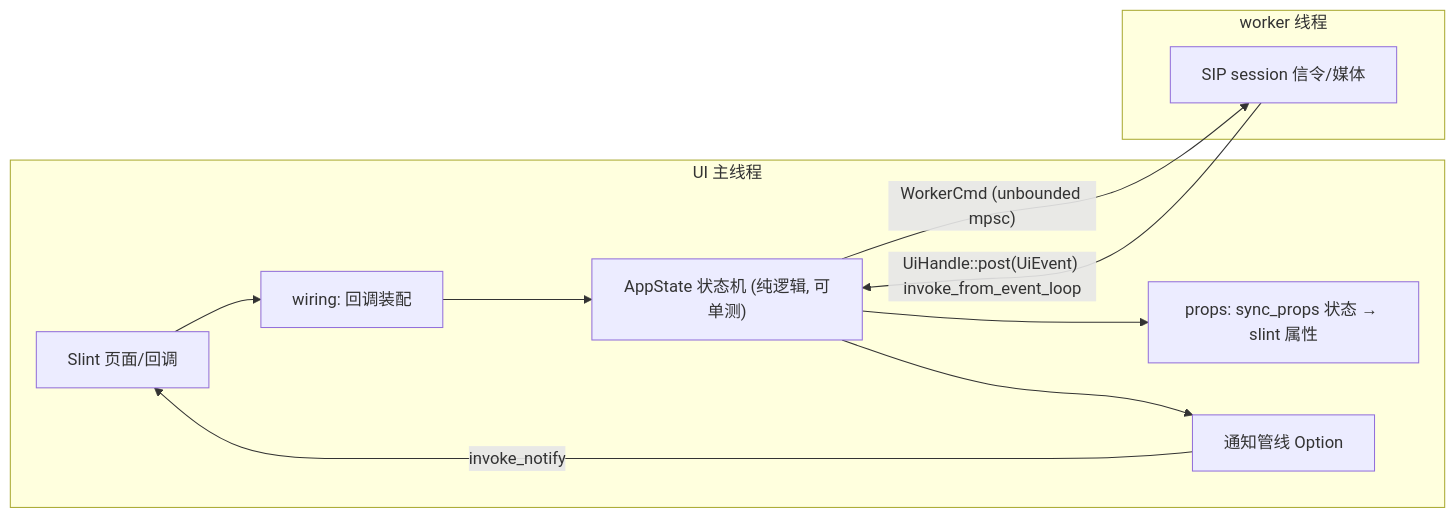
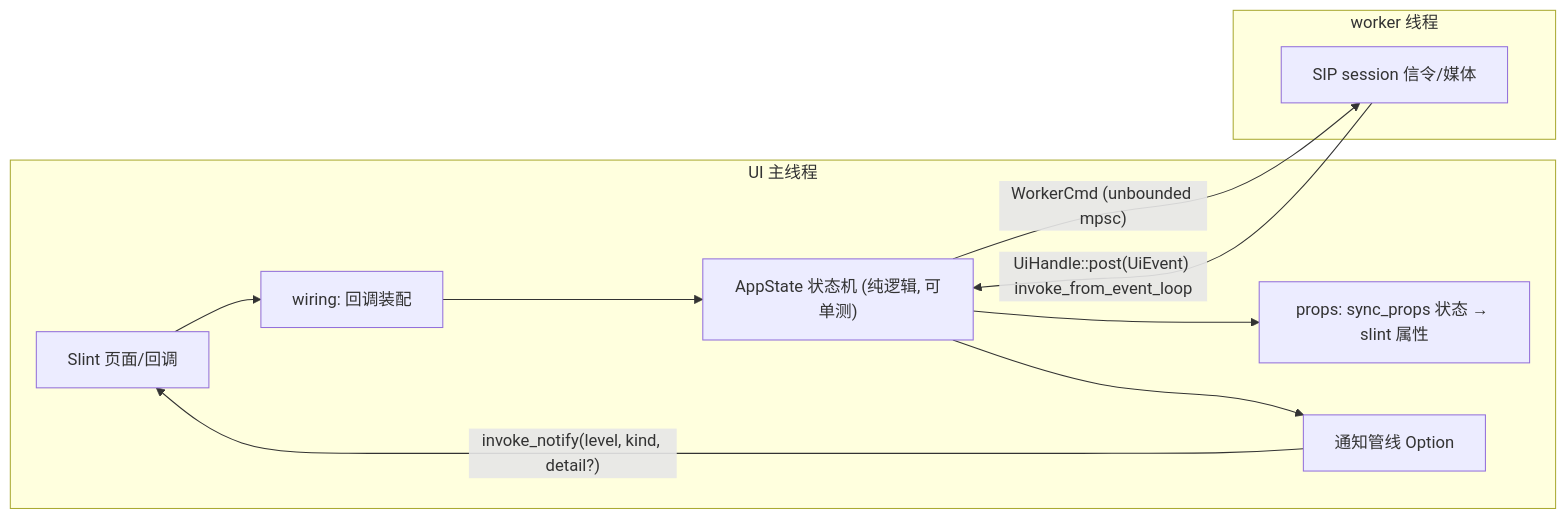
The diagram in docs/call-ui.md (TOTHTOT/media_talk_rust), drawn with Mermaid before and after one commit. The commit also changed other lines of this file and 4 other files, not shown here.

First line of the commit message:
[重构] Notice: detail 改为可选, 文案由前端按 kind 解析

````diff
--- a/docs/call-ui.md
+++ b/docs/call-ui.md
@@ -9,15 +9,15 @@
 ```mermaid
 flowchart LR
     subgraph UI["UI 主线程"]
         S["Slint 页面/回调"] --> W["wiring: 回调装配"]
         W --> A["AppState 状态机 (纯逻辑, 可单测)"]
         A --> P["props: sync_props 状态 → slint 属性"]
         A --> N["通知管线 Option<Notice>"]
     end
     subgraph WK["worker 线程"]
         K["SIP session 信令/媒体"]
     end
     A -- "WorkerCmd (unbounded mpsc)" --> K
     K -- "UiHandle::post(UiEvent) invoke_from_event_loop" --> A
-    N -- "invoke_notify" --> S
+    N -- "invoke_notify(level, kind, detail?)" --> S
 ```
````
